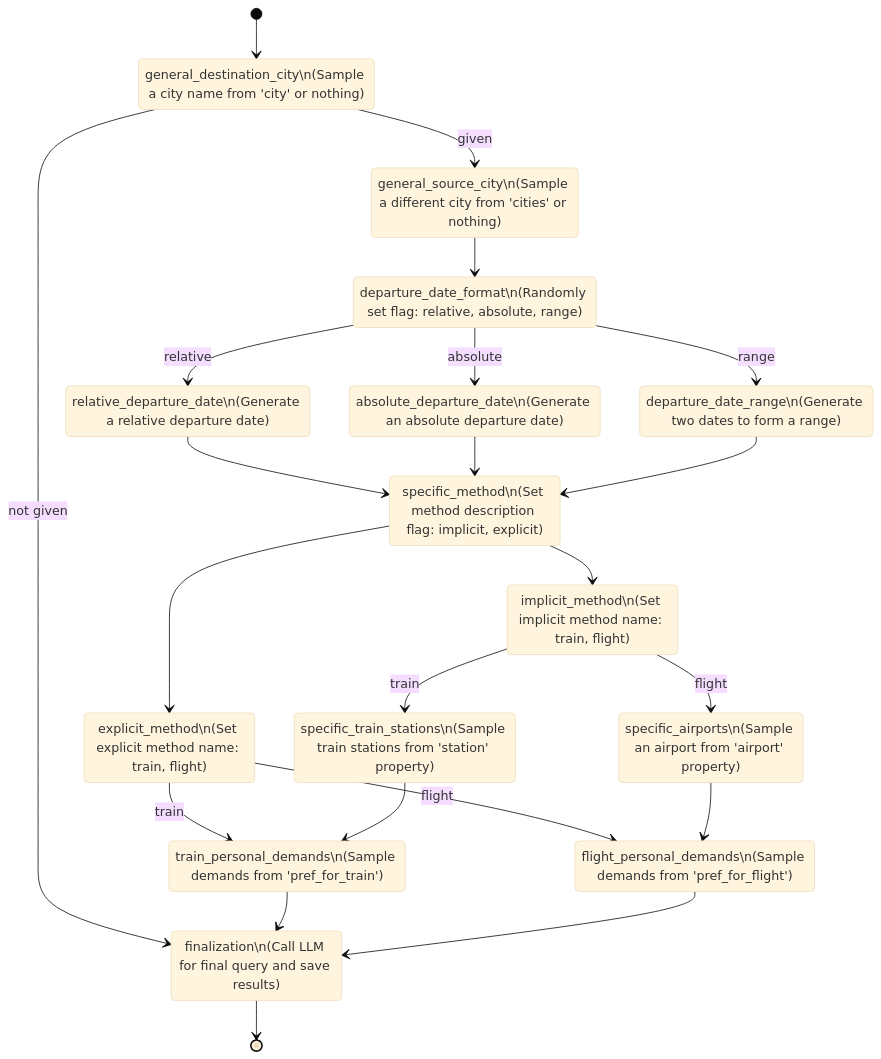
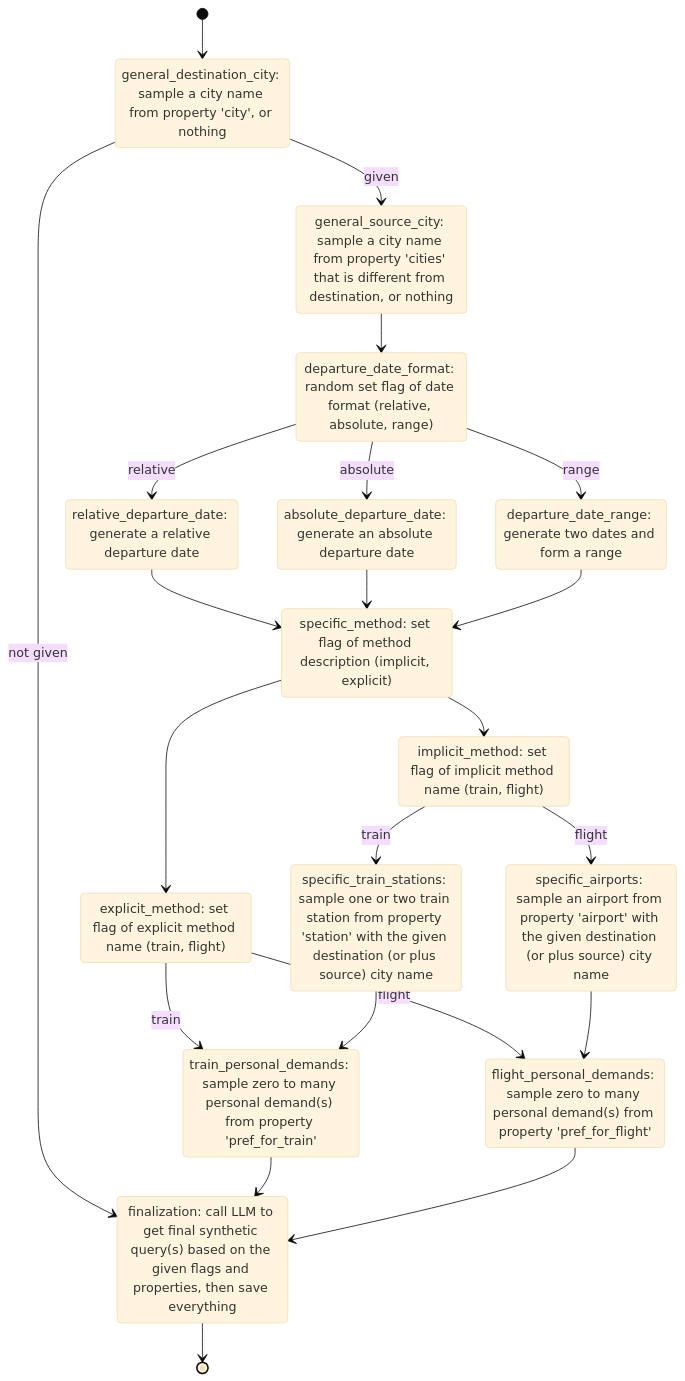
One commit to 0-1CxH/Prodxy changed the second of 2 diagrams in README.md. Above: the diagram before and after it, drawn with Mermaid (base theme). The commit also changed other lines of this file, not shown here.

````diff
--- a/README.md
+++ b/README.md
@@ -70,45 +70,45 @@
 ```mermaid
 stateDiagram-v2
-    state "general_destination_city\n(Sample a city name from 'city' or nothing)" as general_destination_city
-    state "general_source_city\n(Sample a different city from 'cities' or nothing)" as general_source_city
-    state "departure_date_format\n(Randomly set flag: relative, absolute, range)" as departure_date_format
-    state "relative_departure_date\n(Generate a relative departure date)" as relative_departure_date
-    state "absolute_departure_date\n(Generate an absolute departure date)" as absolute_departure_date
-    state "departure_date_range\n(Generate two dates to form a range)" as departure_date_range
-    state "specific_method\n(Set method description flag: implicit, explicit)" as specific_method
-    state "explicit_method\n(Set explicit method name: train, flight)" as explicit_method
-    state "implicit_method\n(Set implicit method name: train, flight)" as implicit_method
-    state "specific_train_stations\n(Sample train stations from 'station' property)" as specific_train_stations
-    state "specific_airports\n(Sample an airport from 'airport' property)" as specific_airports
-    state "train_personal_demands\n(Sample demands from 'pref_for_train')" as train_personal_demands
-    state "flight_personal_demands\n(Sample demands from 'pref_for_flight')" as flight_personal_demands
-    state "finalization\n(Call LLM for final query and save results)" as finalization
+    state "general_destination_city: sample a city name from property 'city', or nothing" as general_destination_city
+    state "general_source_city: sample a city name from property 'cities' that is different from destination, or nothing" as general_source_city
+    state "departure_date_format: random set flag of date format (relative, absolute, range)" as departure_date_format
+    state "relative_departure_date: generate a relative departure date" as relative_departure_date
+    state "absolute_departure_date: generate an absolute departure date" as absolute_departure_date
+    state "departure_date_range: generate two dates and form a range" as departure_date_range
+    state "specific_method: set flag of method description (implicit, explicit)" as specific_method
+    state "explicit_method: set flag of explicit method name (train, flight)" as explicit_method
+    state "implicit_method: set flag of implicit method name (train, flight)" as implicit_method
+    state "specific_train_stations: sample one or two train station from property 'station' with the given destination (or plus source) city name" as specific_train_stations
+    state "specific_airports: sample an airport from property 'airport' with the given destination (or plus source) city name" as specific_airports
+    state "train_personal_demands: sample zero to many personal demand(s) from property 'pref_for_train'" as train_personal_demands
+    state "flight_personal_demands: sample zero to many personal demand(s) from property 'pref_for_flight'" as flight_personal_demands
+    state "finalization: call LLM to get final synthetic query(s) based on the given flags and properties, then save everything" as finalization
 
     [*] --> general_destination_city
     general_destination_city --> finalization : not given
     general_destination_city --> general_source_city : given
     general_source_city --> departure_date_format
 
     departure_date_format --> relative_departure_date: relative
     relative_departure_date --> specific_method
     departure_date_format --> absolute_departure_date: absolute
     absolute_departure_date --> specific_method
     departure_date_format --> departure_date_range: range
     departure_date_range --> specific_method
     
     specific_method --> explicit_method
     specific_method --> implicit_method
     
     explicit_method --> train_personal_demands: train
     explicit_method --> flight_personal_demands: flight
     
     implicit_method --> specific_train_stations: train
     implicit_method --> specific_airports: flight
 
     specific_train_stations --> train_personal_demands
     specific_airports --> flight_personal_demands
 
     train_personal_demands --> finalization
     flight_personal_demands --> finalization
     finalization --> [*]
 ```
````
